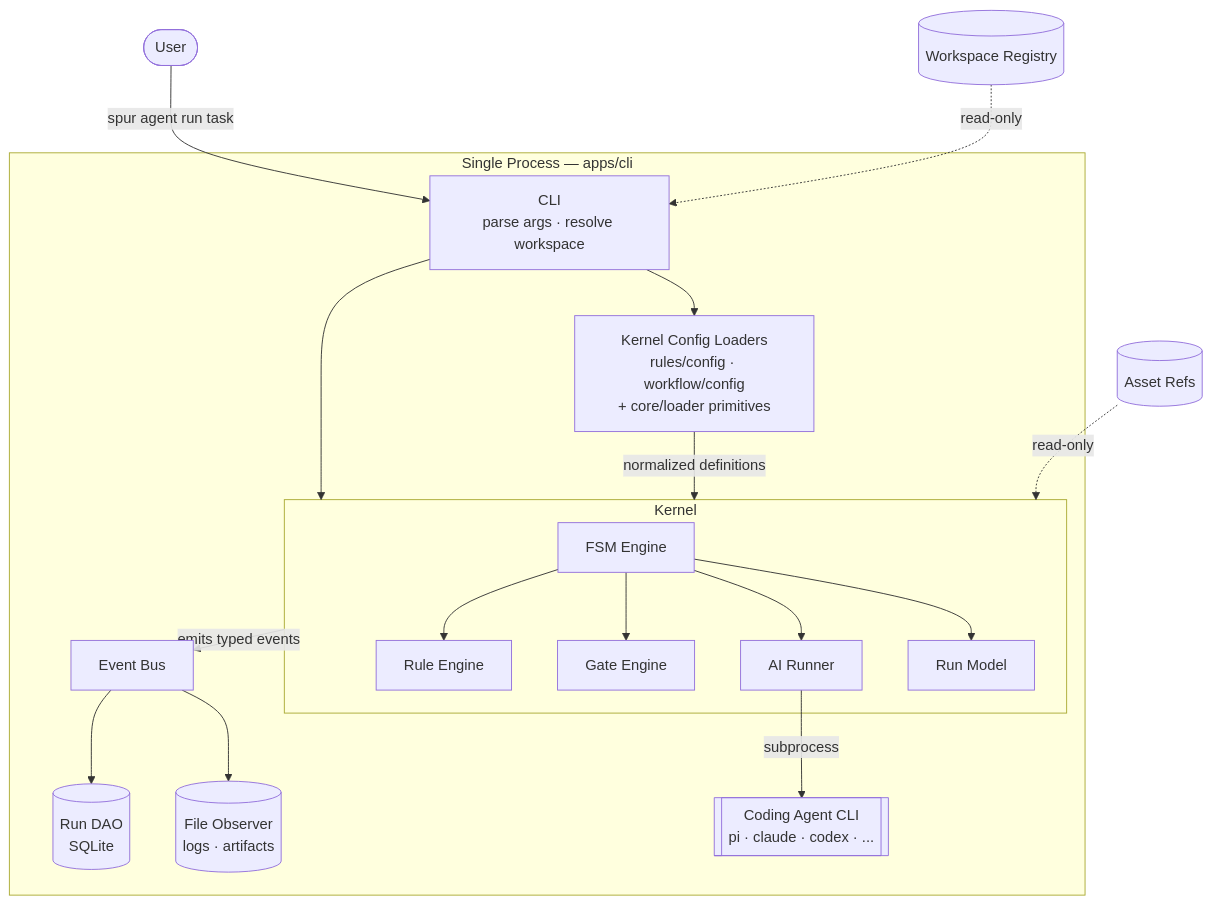
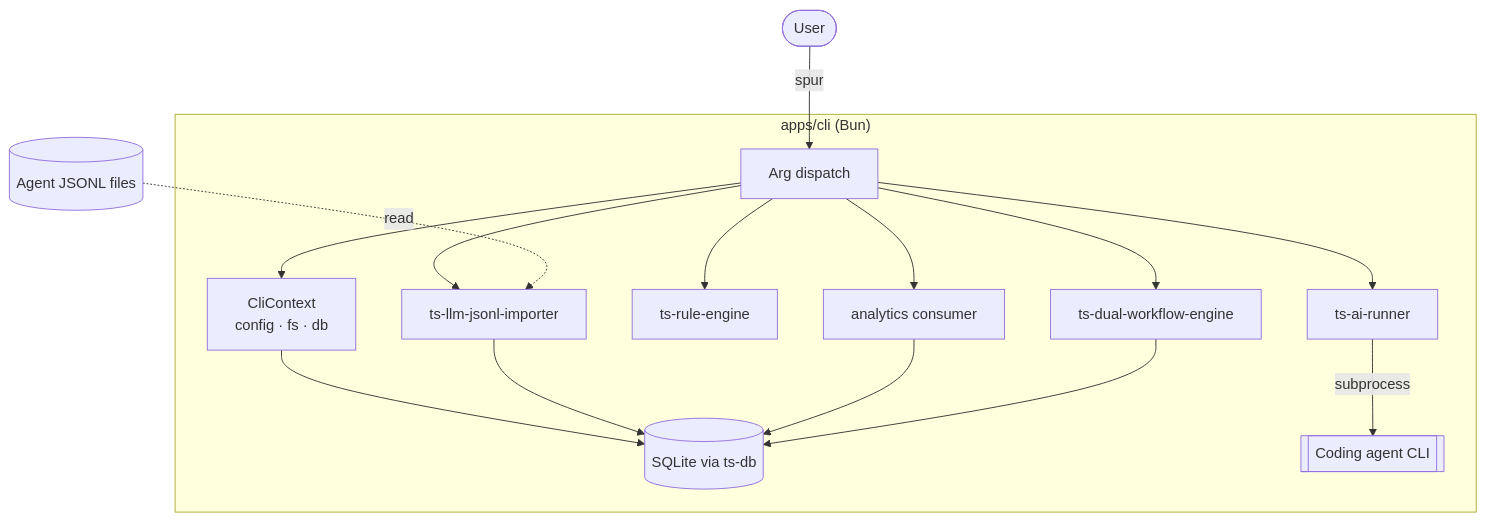
The diagram in docs/03_ARCHITECTURE.md (gobing-ai/spur), drawn with Mermaid before and after one commit. The commit also changed other lines of this file and 38 other files, not shown here.

````diff
--- a/docs/03_ARCHITECTURE.md
+++ b/docs/03_ARCHITECTURE.md
@@ -88,31 +63,18 @@
 ```mermaid
 flowchart TD
-    User([User]) -->|spur agent run task| CLI
-
-    subgraph Process["Single Process — apps/cli"]
-        CLI[CLI<br/>parse args · resolve workspace]
-        CLI --> Config[Kernel Config Loaders<br/>rules/config · workflow/config<br/>+ core/loader primitives]
-        CLI --> Kernel
-        Config -->|normalized definitions| Kernel
-
-        subgraph Kernel["Kernel"]
-            FSM[FSM Engine]
-            Rule[Rule Engine]
-            Gate[Gate Engine]
-            AIR[AI Runner]
-            Run[Run Model]
-            FSM --> Gate
-            FSM --> AIR
-            FSM --> Rule
-            FSM --> Run
-        end
-
-        Kernel -->|emits typed events| Bus[Event Bus]
-        Bus --> RunDAO[(Run DAO<br/>SQLite)]
-        Bus --> Files[(File Observer<br/>logs · artifacts)]
-        AIR -->|subprocess| Agent[[Coding Agent CLI<br/>pi · claude · codex · ...]]
+    User([User]) -->|spur <command>| CLI
+    subgraph Process["apps/cli (Bun)"]
+        CLI[Arg dispatch] --> Ctx[CliContext<br/>config · fs · db]
+        CLI --> AR[ts-ai-runner]
+        CLI --> RE[ts-rule-engine]
+        CLI --> WF[ts-dual-workflow-engine]
+        CLI --> HI[ts-llm-jsonl-importer]
+        CLI --> AN[analytics consumer]
+        Ctx --> DB[(SQLite via ts-db)]
+        AR -->|subprocess| Agent[[Coding agent CLI]]
+        HI --> DB
+        AN --> DB
+        WF --> DB
     end
-
-    Workspaces[(Workspace Registry)] -.read-only.-> CLI
-    Assets[(Asset Refs)] -.read-only.-> Kernel
+    JSONL[(Agent JSONL files)] -.read.-> HI
 ```
````
